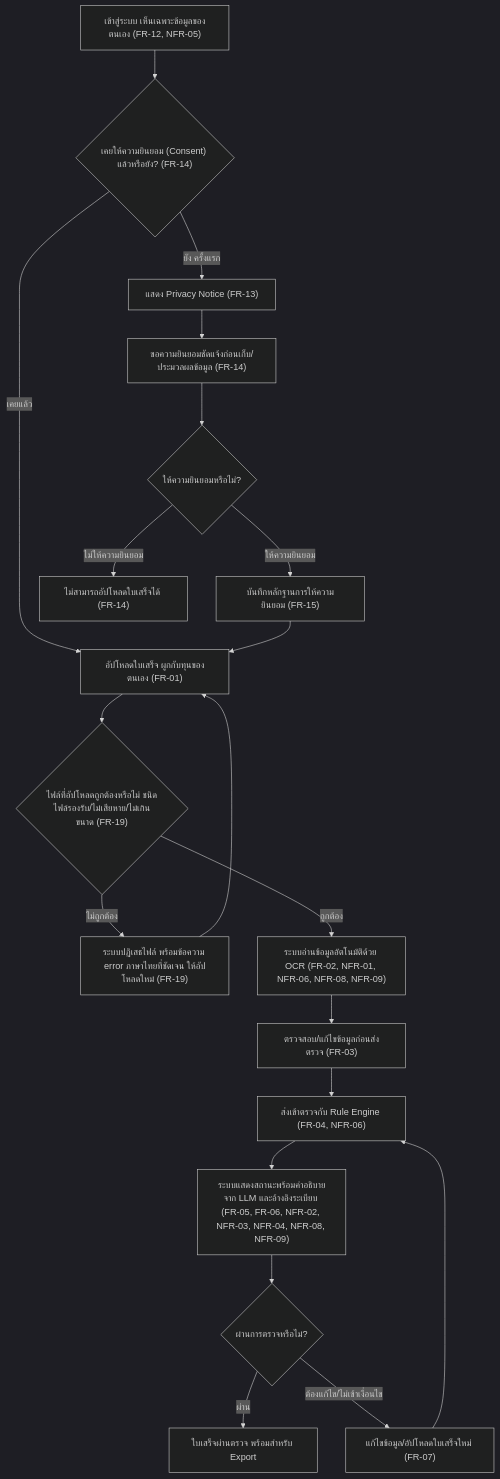
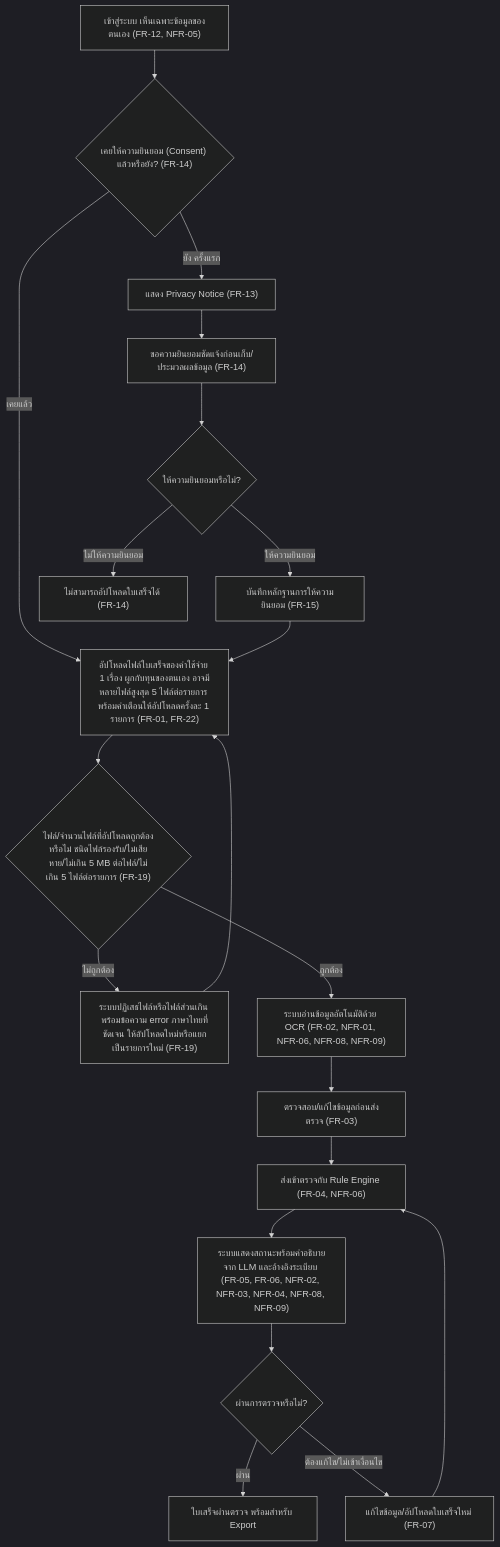
The first of 7 diagrams in docs/02-design/user-journey.md (ptrsswnr/Grant-Receipt-Assistant), drawn with Mermaid (dark theme) before and after one commit. The commit also changed other lines of this file and 28 other files, not shown here.

First line of the commit message:
Add architecture/api-db/detailed-design docs and standardize agent clarification workflow

````diff
--- a/docs/02-design/user-journey.md
+++ b/docs/02-design/user-journey.md
@@ -14,33 +14,33 @@
 ```mermaid
 flowchart TD
     A["เข้าสู่ระบบ เห็นเฉพาะข้อมูลของตนเอง (FR-12, NFR-05)"]
     B{"เคยให้ความยินยอม (Consent) แล้วหรือยัง? (FR-14)"}
     C["แสดง Privacy Notice (FR-13)"]
     D["ขอความยินยอมชัดแจ้งก่อนเก็บ/ประมวลผลข้อมูล (FR-14)"]
     E{"ให้ความยินยอมหรือไม่?"}
     F["บันทึกหลักฐานการให้ความยินยอม (FR-15)"]
     G["ไม่สามารถอัปโหลดใบเสร็จได้ (FR-14)"]
-    H["อัปโหลดใบเสร็จ ผูกกับทุนของตนเอง (FR-01)"]
-    H2{"ไฟล์ที่อัปโหลดถูกต้องหรือไม่ ชนิดไฟล์รองรับ/ไม่เสียหาย/ไม่เกินขนาด (FR-19)"}
-    H3["ระบบปฏิเสธไฟล์ พร้อมข้อความ error ภาษาไทยที่ชัดเจน ให้อัปโหลดใหม่ (FR-19)"]
+    H["อัปโหลดไฟล์ใบเสร็จของค่าใช้จ่าย 1 เรื่อง ผูกกับทุนของตนเอง อาจมีหลายไฟล์สูงสุด 5 ไฟล์ต่อรายการ พร้อมคำเตือนให้อัปโหลดครั้งละ 1 รายการ (FR-01, FR-22)"]
+    H2{"ไฟล์/จำนวนไฟล์ที่อัปโหลดถูกต้องหรือไม่ ชนิดไฟล์รองรับ/ไม่เสียหาย/ไม่เกิน 5 MB ต่อไฟล์/ไม่เกิน 5 ไฟล์ต่อรายการ (FR-19)"}
+    H3["ระบบปฏิเสธไฟล์หรือไฟล์ส่วนเกิน พร้อมข้อความ error ภาษาไทยที่ชัดเจน ให้อัปโหลดใหม่หรือแยกเป็นรายการใหม่ (FR-19)"]
     I["ระบบอ่านข้อมูลอัตโนมัติด้วย OCR (FR-02, NFR-01, NFR-06, NFR-08, NFR-09)"]
     J["ตรวจสอบ/แก้ไขข้อมูลก่อนส่งตรวจ (FR-03)"]
     K["ส่งเข้าตรวจกับ Rule Engine (FR-04, NFR-06)"]
     L["ระบบแสดงสถานะพร้อมคำอธิบายจาก LLM และอ้างอิงระเบียบ (FR-05, FR-06, NFR-02, NFR-03, NFR-04, NFR-08, NFR-09)"]
     M{"ผ่านการตรวจหรือไม่?"}
     N["แก้ไขข้อมูล/อัปโหลดใบเสร็จใหม่ (FR-07)"]
     O["ใบเสร็จผ่านตรวจ พร้อมสำหรับ Export"]
 
     A --> B
     B -->|เคยแล้ว| H
     B -->|ยัง ครั้งแรก| C --> D --> E
     E -->|ให้ความยินยอม| F --> H
     E -->|ไม่ให้ความยินยอม| G
     H --> H2
     H2 -->|ไม่ถูกต้อง| H3 --> H
     H2 -->|ถูกต้อง| I
     I --> J --> K --> L --> M
     M -->|ผ่าน| O
     M -->|ต้องแก้ไข/ไม่เข้าเงื่อนไข| N
     N --> K
 ```
````
